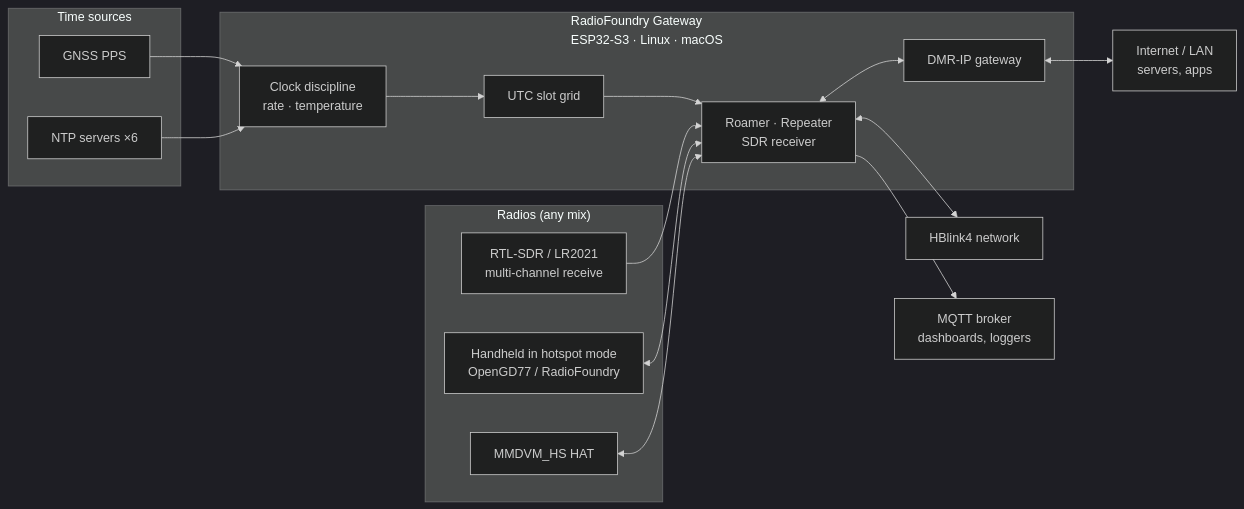
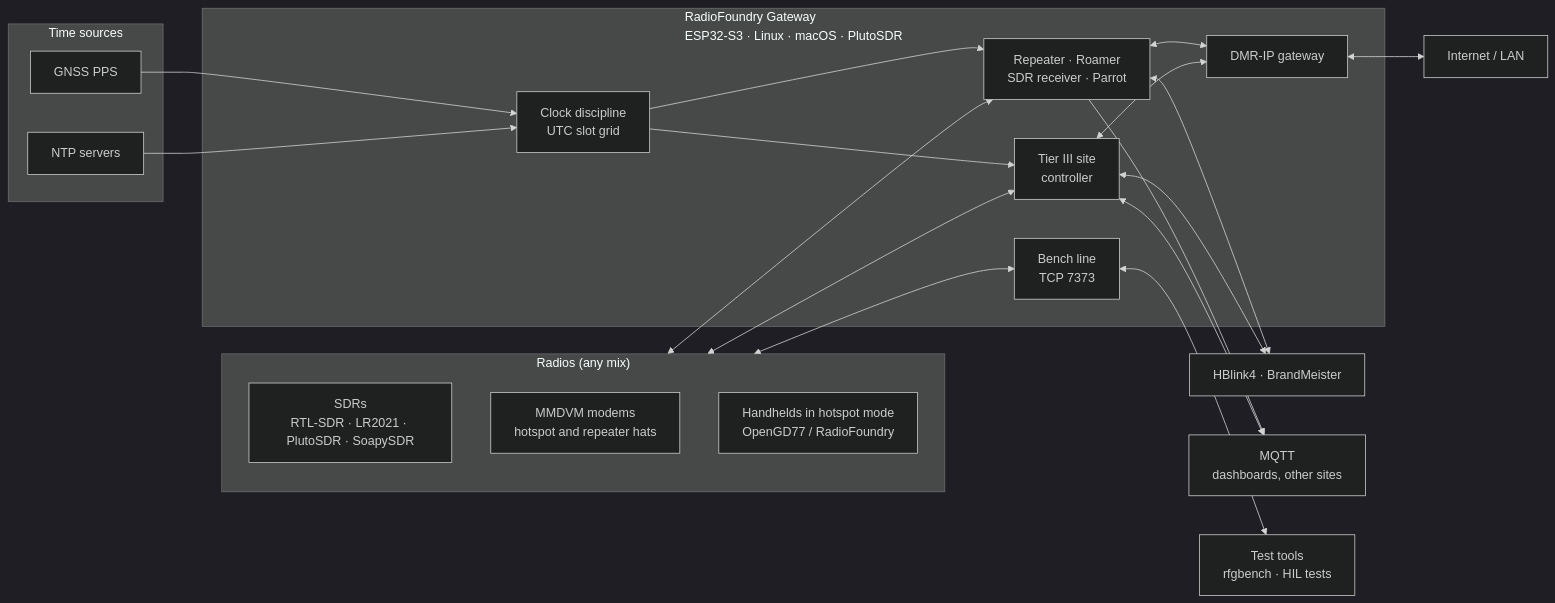
Before and after one commit to RadioFoundry/RadioFoundryGateway: the diagram in README.md, drawn with Mermaid (dark theme). The commit also changed other lines of this file and 29 other files, not shown here.

First line of the commit message:
Docs: showcase Tier III, bench; clean up all

````diff
--- a/README.md
+++ b/README.md
@@ -23,28 +31,34 @@
 ```mermaid
 flowchart LR
     subgraph Radios["Radios (any mix)"]
-        SDR["RTL-SDR / LR2021<br/>multi-channel receive"]
-        HS["Handheld in hotspot mode<br/>OpenGD77 / RadioFoundry"]
-        HAT["MMDVM_HS HAT"]
+        SDR["SDRs<br/>RTL-SDR · LR2021 · PlutoSDR · SoapySDR"]
+        MOD["MMDVM modems<br/>hotspot and repeater hats"]
+        HS["Handhelds in hotspot mode<br/>OpenGD77 / RadioFoundry"]
     end
     subgraph Time["Time sources"]
         PPS["GNSS PPS"]
-        NTP["NTP servers ×6"]
+        NTP["NTP servers"]
     end
-    subgraph GW["RadioFoundry Gateway<br/>ESP32-S3 · Linux · macOS"]
-        CLK["Clock discipline<br/>rate · temperature"]
-        GRID["UTC slot grid"]
-        R["Roamer · Repeater<br/>SDR receiver"]
+    subgraph GW["RadioFoundry Gateway<br/>ESP32-S3 · Linux · macOS · PlutoSDR"]
+        CLK["Clock discipline<br/>UTC slot grid"]
+        APPS["Repeater · Roamer<br/>SDR receiver · Parrot"]
+        T3["Tier III site<br/>controller"]
         IP["DMR-IP gateway"]
+        BENCH["Bench line<br/>TCP 7373"]
     end
     PPS --> CLK
     NTP --> CLK
-    CLK --> GRID --> R
-    SDR --> R
-    HS <--> R
-    HAT <--> R
-    R <--> HB["HBlink4 network"]
-    R --> MQ["MQTT broker<br/>dashboards, loggers"]
-    R <--> IP
-    IP <--> NET["Internet / LAN<br/>servers, apps"]
+    CLK --> APPS
+    CLK --> T3
+    Radios <--> APPS
+    Radios <--> T3
+    Radios <--> BENCH
+    APPS <--> IP
+    T3 <--> IP
+    IP <--> NET["Internet / LAN"]
+    APPS <--> NETS["HBlink4 · BrandMeister"]
+    T3 <--> NETS
+    APPS --> MQ["MQTT<br/>dashboards, other sites"]
+    T3 <--> MQ
+    BENCH <--> TOOLS["Test tools<br/>rfgbench · HIL tests"]
 ```
````
